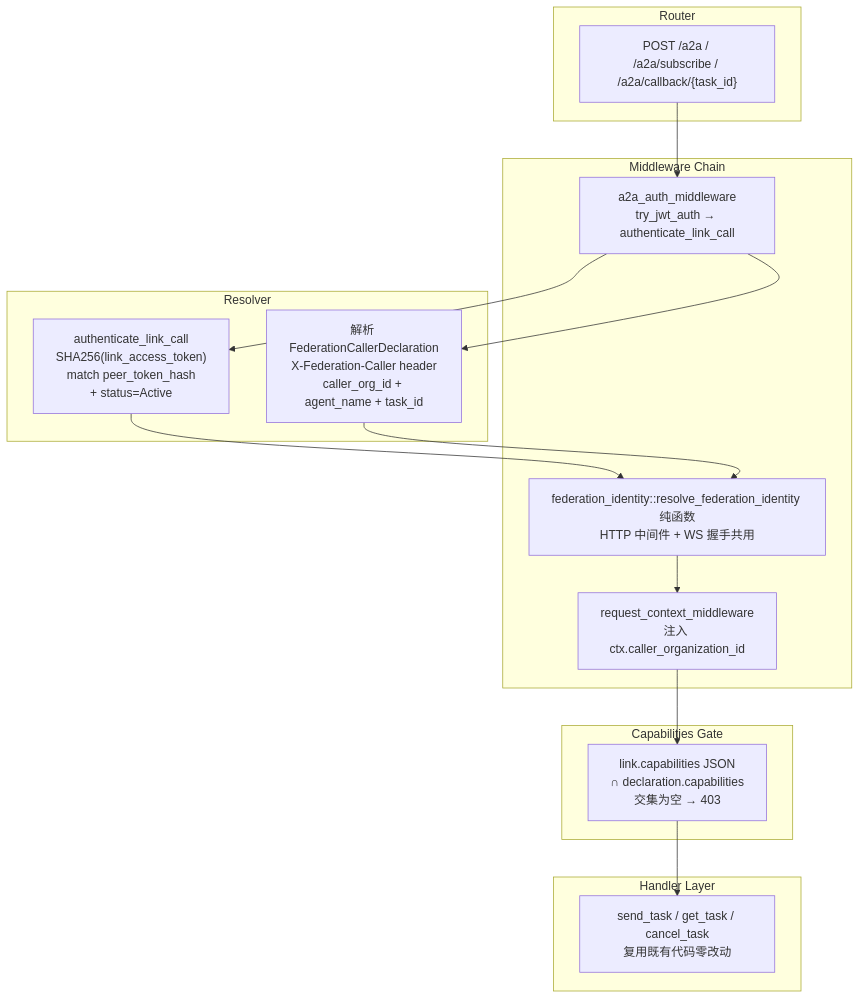
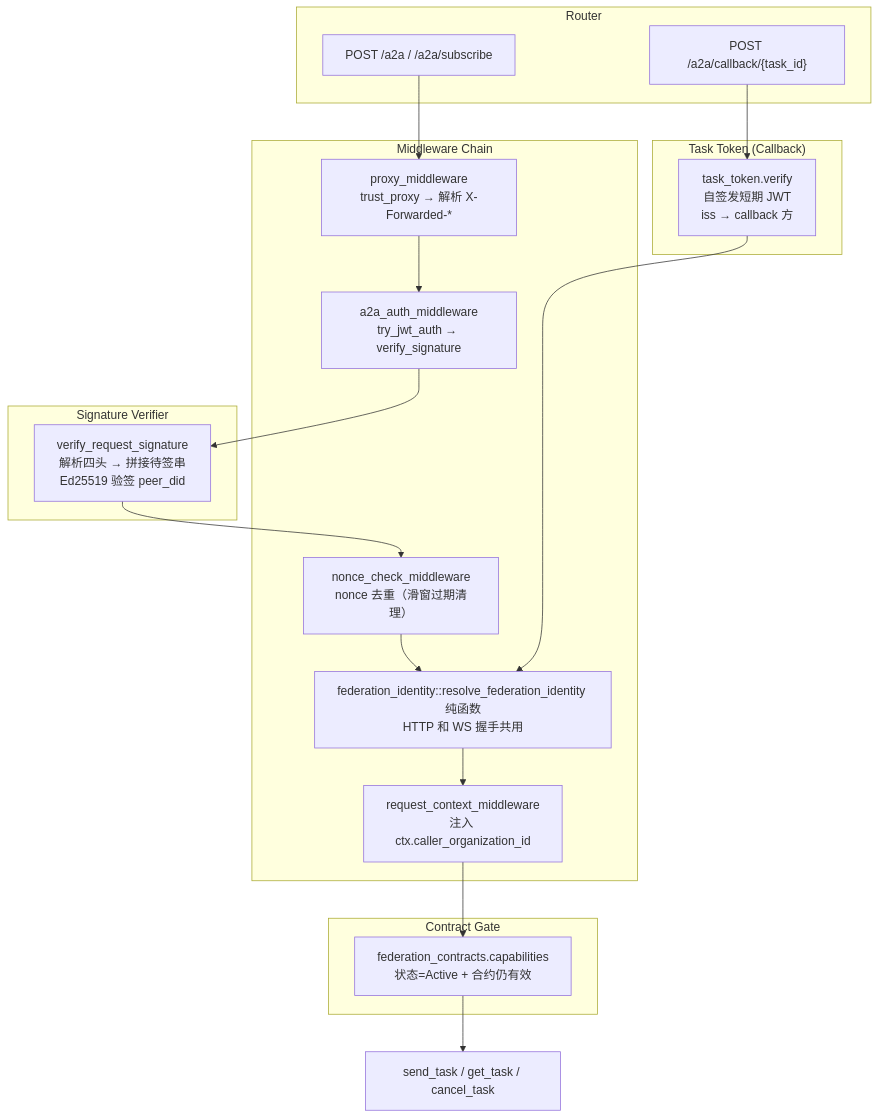
The diagram in docs/wiki/zh/content/功能模块/用户与组织管理/跨组织业务调用鉴权.md (runningcoders/ai_orz), drawn with Mermaid before and after one commit. The commit also changed other lines of this file and 15 other files, not shown here.

````diff
--- a/docs/wiki/zh/content/功能模块/用户与组织管理/跨组织业务调用鉴权.md
+++ b/docs/wiki/zh/content/功能模块/用户与组织管理/跨组织业务调用鉴权.md
@@ -42,29 +60,33 @@
 ```mermaid
 graph TB
 subgraph "Router"
-A2A["POST /a2a / /a2a/subscribe / /a2a/callback/{task_id}"]
+A2A["POST /a2a / /a2a/subscribe"]
+CB["POST /a2a/callback/{task_id}"]
 end
 subgraph "Middleware Chain"
-MA["a2a_auth_middleware<br/>try_jwt_auth → authenticate_link_call"]
-MB["federation_identity::resolve_federation_identity 纯函数<br/>HTTP 中间件 + WS 握手共用"]
+MA["a2a_auth_middleware<br/>try_jwt_auth → verify_signature"]
+PB["proxy_middleware<br/>trust_proxy → 解析 X-Forwarded-*"]
+NB["nonce_check_middleware<br/>nonce 去重（滑窗过期清理）"]
+MB["federation_identity::resolve_federation_identity 纯函数<br/>HTTP 和 WS 握手共用"]
 MC["request_context_middleware<br/>注入 ctx.caller_organization_id"]
 end
-subgraph "Resolver"
-R1["authenticate_link_call<br/>SHA256(link_access_token)<br/>match peer_token_hash<br/>+ status=Active"]
-R2["解析 FederationCallerDeclaration<br/>X-Federation-Caller header<br/>caller_org_id + agent_name + task_id"]
+subgraph "Signature Verifier"
+SV["verify_request_signature<br/>解析四头 → 拼接待签串<br/>Ed25519 验签 peer_did"]
 end
-subgraph "Capabilities Gate"
-CAP["link.capabilities JSON<br/>∩ declaration.capabilities<br/>交集为空 → 403"]
+subgraph "Contract Gate"
+CG["federation_contracts.capabilities<br/>状态=Active + 合约仍有效"]
 end
-subgraph "Handler Layer"
-H["send_task / get_task / cancel_task<br/>复用既有代码零改动"]
+subgraph "Task Token (Callback)"
+TT["task_token.verify<br/>自签发短期 JWT<br/>iss → callback 方"]
 end
-A2A --> MA
-MA --> R1
-MA --> R2
-R1 --> MB
-R2 --> MB
+A2A --> PB
+PB --> MA
+MA --> SV
+SV --> NB
+NB --> MB
 MB --> MC
-MC --> CAP
-CAP --> H
+MC --> CG
+CG --> H["send_task / get_task / cancel_task"]
+CB --> TT
+TT --> MB
 ```
````
